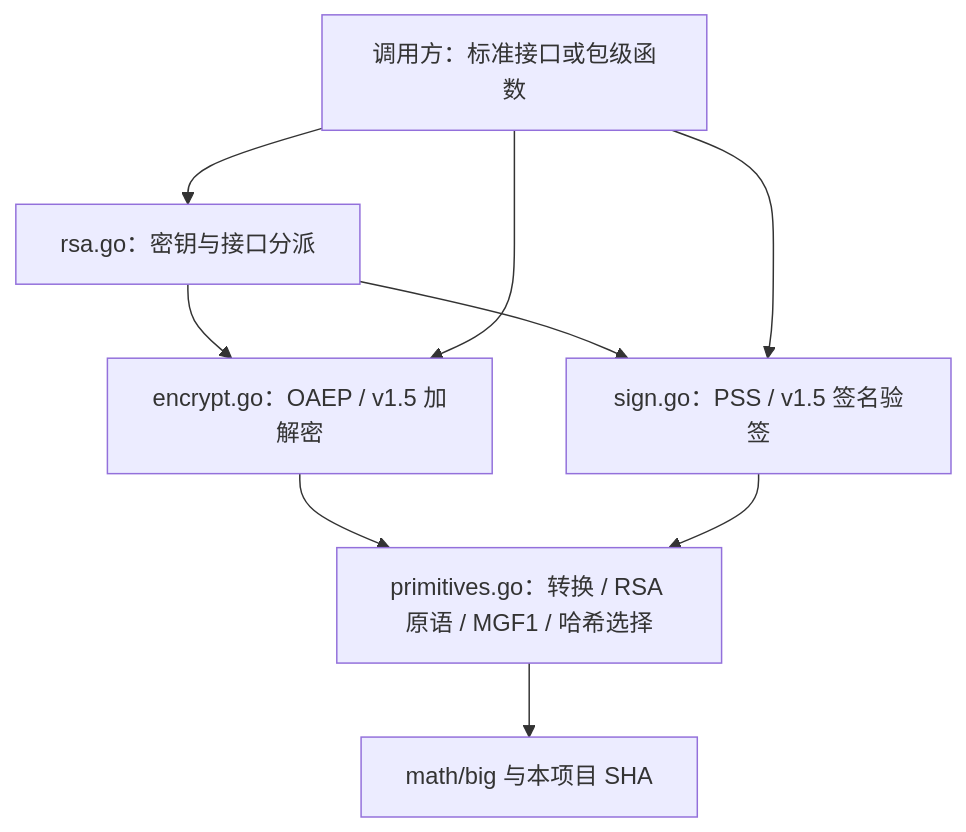
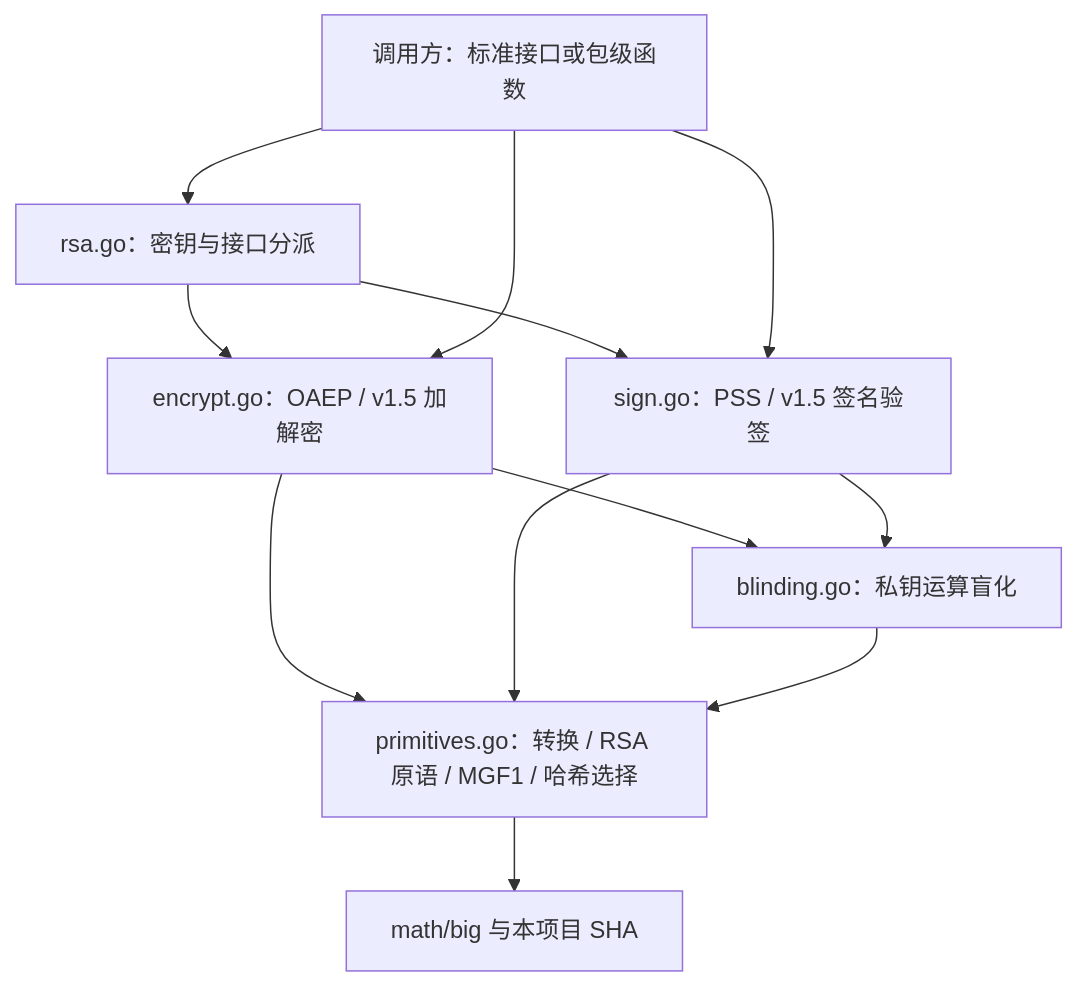
One commit to erthoaers/cryptolab-golang changed the diagram in docs/rsa.md. Above: the diagram before and after it, drawn with Mermaid. The commit also changed other lines of this file and 7 other files, not shown here.

````diff
--- a/docs/rsa.md
+++ b/docs/rsa.md
@@ -47,11 +47,14 @@
 ```mermaid
 flowchart TD
     A[调用方：标准接口或包级函数] --> B[rsa.go：密钥与接口分派]
     B --> C[encrypt.go：OAEP / v1.5 加解密]
     B --> D[sign.go：PSS / v1.5 签名验签]
     A --> C
     A --> D
     C --> E[primitives.go：转换 / RSA 原语 / MGF1 / 哈希选择]
     D --> E
+    C --> G[blinding.go：私钥运算盲化]
+    D --> G
+    G --> E
     E --> F[math/big 与本项目 SHA]
 ```
````
